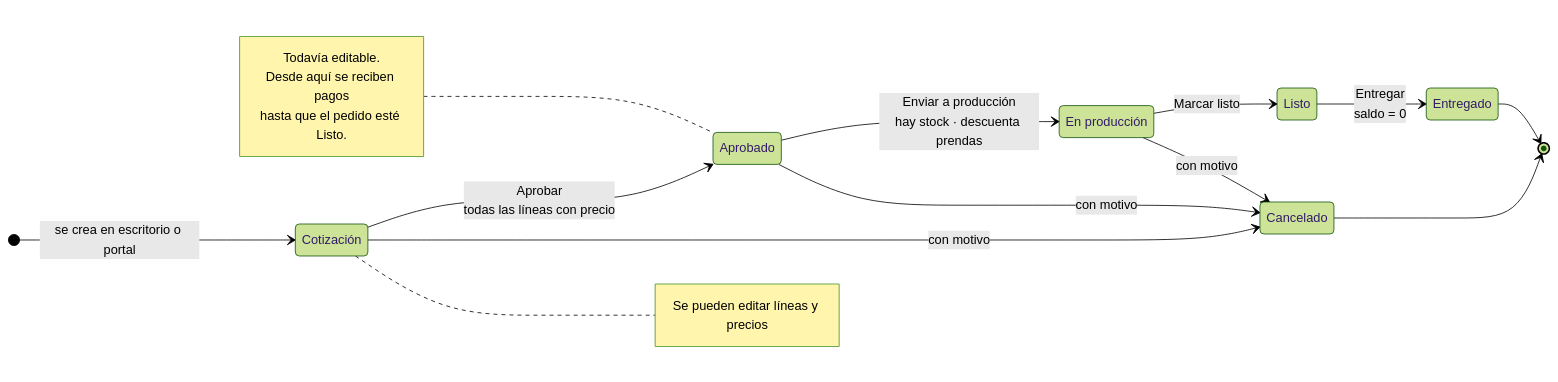
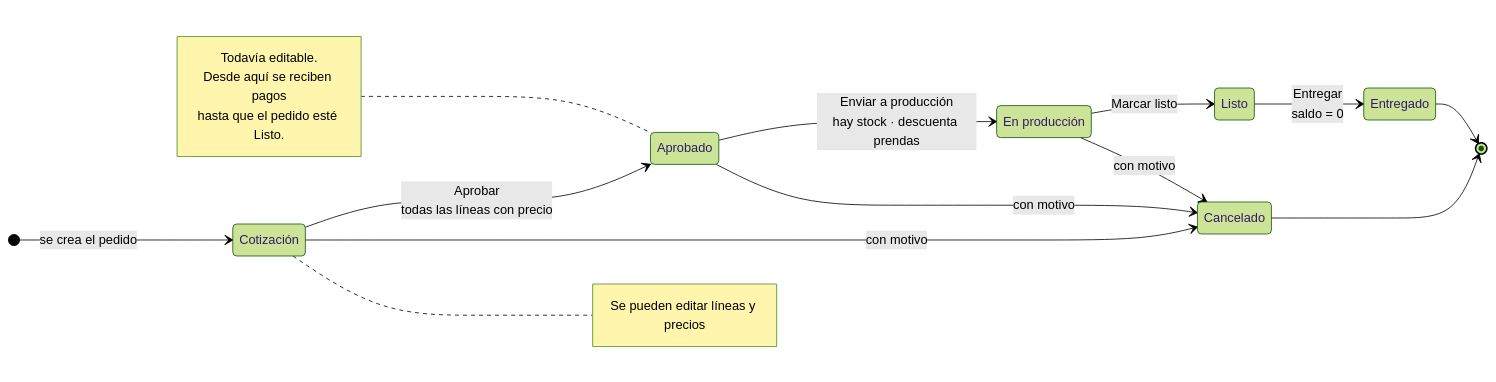
Before and after one commit to Darturo9/CubitoGrupo9: the diagram in docs/diagramas/06-estados-pedido.mmd, drawn with Mermaid (forest theme). The commit also changed 32 other files, not shown here.

Commit message:
Quitar el portal web: la entrega es la aplicación de escritorio

```diff
--- a/docs/diagramas/06-estados-pedido.mmd
+++ b/docs/diagramas/06-estados-pedido.mmd
@@ -1,26 +1,26 @@
 %% Ciclo de vida de un pedido (LogicaPedidoDG.FncEstadosSiguientesDG y FncCambiarEstadoDG)
 stateDiagram-v2
     direction LR
 
-    [*] --> Cotizacion : se crea en escritorio o portal
+    [*] --> Cotizacion : se crea el pedido
     Cotizacion --> Aprobado : Aprobar<br/>todas las líneas con precio
     Aprobado --> EnProduccion : Enviar a producción<br/>hay stock · descuenta prendas
     EnProduccion --> Listo : Marcar listo
     Listo --> Entregado : Entregar<br/>saldo = 0
     Cotizacion --> Cancelado : con motivo
     Aprobado --> Cancelado : con motivo
     EnProduccion --> Cancelado : con motivo
     Entregado --> [*]
     Cancelado --> [*]
 
     state "Cotización" as Cotizacion
     state "En producción" as EnProduccion
 
     note right of Cotizacion
         Se pueden editar líneas y precios
     end note
     note left of Aprobado
         Todavía editable.
         Desde aquí se reciben pagos
         hasta que el pedido esté Listo.
     end note
```
